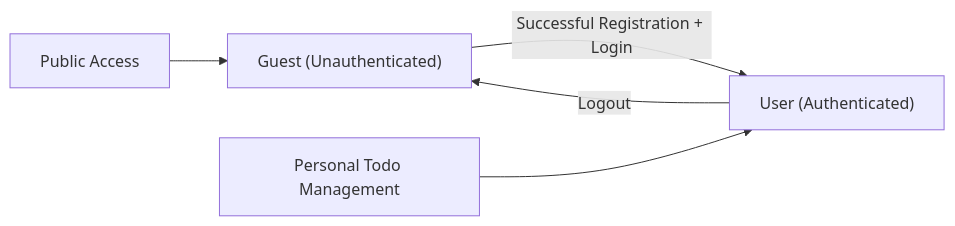
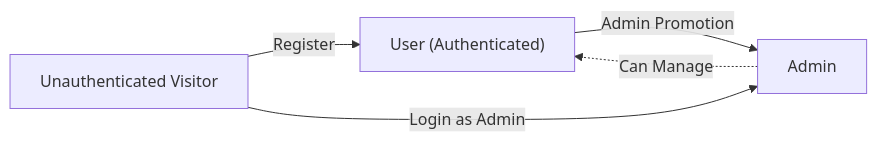
The first of 5 diagrams in anthropic/claude-sonnet-4.5/todo/docs/analysis/02-user-actors-and-authentication.md (wrtnlabs/autobe-examples), drawn with Mermaid before and after one commit. The commit also changed other lines of this file and 8017 other files, not shown here.

````diff
--- a/anthropic/claude-sonnet-4.5/todo/docs/analysis/02-user-actors-and-authentication.md
+++ b/anthropic/claude-sonnet-4.5/todo/docs/analysis/02-user-actors-and-authentication.md
@@ -59,7 +19,7 @@
 ```mermaid
 graph LR
-    A["Guest (Unauthenticated)"] -->|"Successful Registration + Login"| B["User (Authenticated)"]
-    B -->|"Logout"| A
-    C["Public Access"] --> A
-    D["Personal Todo Management"] --> B
+    A["Unauthenticated Visitor"] -->|"Register"| B["User (Authenticated)"]
+    B -->|"Admin Promotion"| C["Admin"]
+    C -.->|"Can Manage"| B
+    A -->|"Login as Admin"| C
 ```
````
